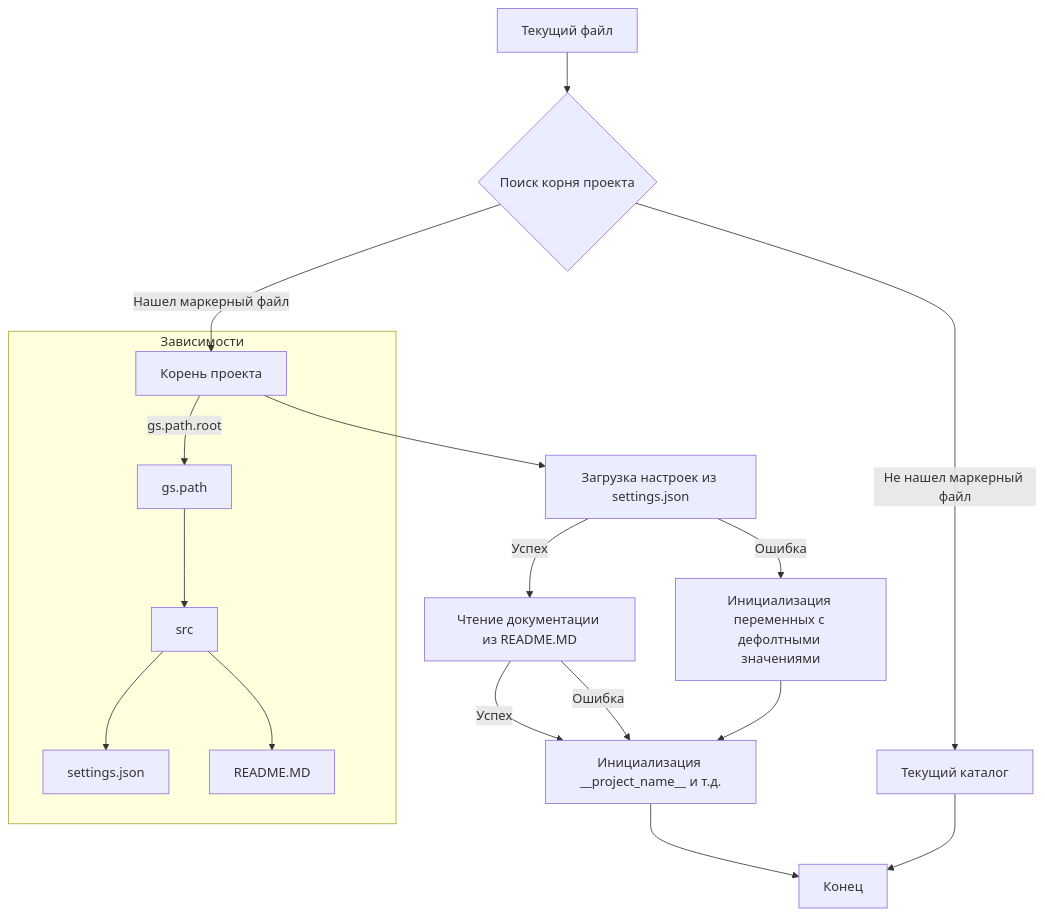
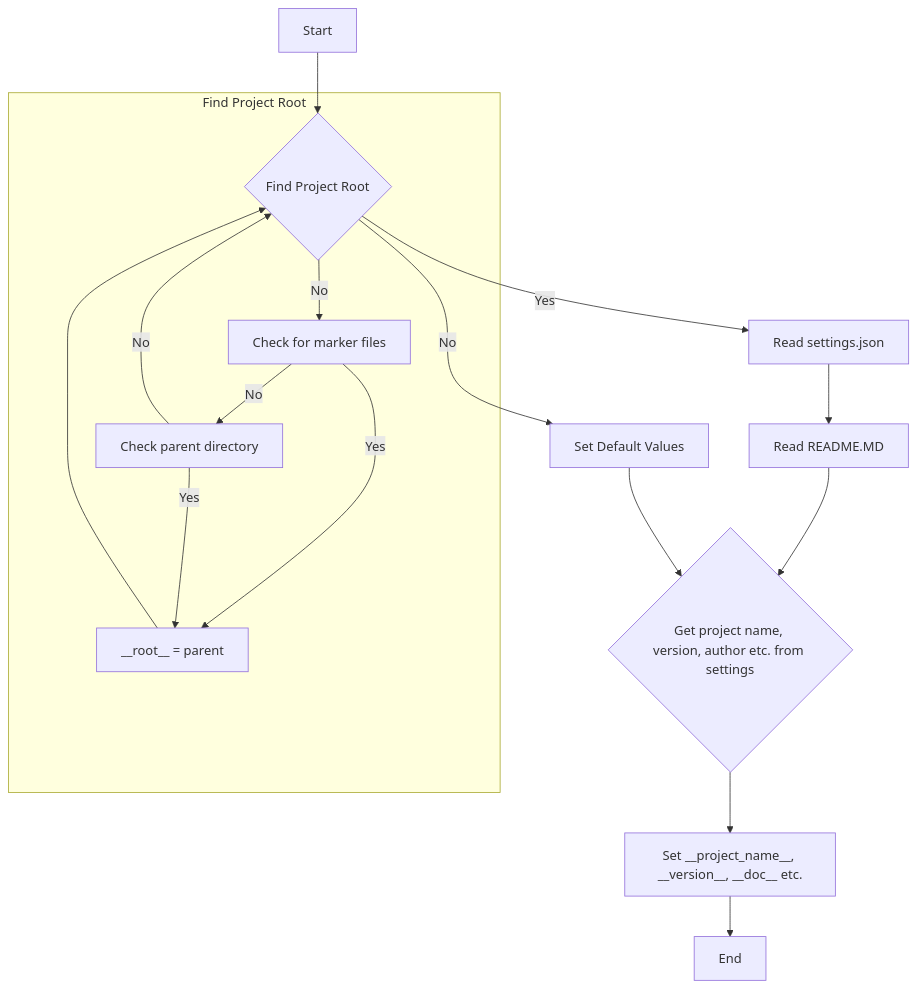
Before and after one commit to hypo69/hypo: the first of 2 diagrams in docs/gemini/ru/explainer/src/webdriver/crawlee_python/header.md, drawn with Mermaid. The commit also changed other lines of this file and 311 other files, not shown here.

````diff
--- a/docs/gemini/ru/explainer/src/webdriver/crawlee_python/header.md
+++ b/docs/gemini/ru/explainer/src/webdriver/crawlee_python/header.md
@@ -97,21 +76,20 @@
 ```mermaid
 graph TD
-    A[Текущий файл] --> B{Поиск корня проекта};
-    B -- Нашел маркерный файл --> C[Корень проекта];
-    B -- Не нашел маркерный файл --> D[Текущий каталог];
-    C --> E[Загрузка настроек из settings.json];
-    E -- Успех --> F[Чтение документации из README.MD];
-    E -- Ошибка --> G[Инициализация переменных с дефолтными значениями];
-    F -- Успех --> H[Инициализация __project_name__ и т.д.];
-    F -- Ошибка --> H;
-    G --> H;
-    H --> I[Конец];
-    D --> I;
+    A[Start] --> B{Find Project Root};
+    B -- Yes --> C[Read settings.json];
+    B -- No --> D[Set Default Values];
+    C --> E[Read README.MD];
+    E --> F{Get project name, version, author etc. from settings};
+    D --> F;
+    F --> G[Set __project_name__, __version__, __doc__ etc.];
+    G --> H[End];
 
-    subgraph "Зависимости"
-        C --> |gs.path.root| J[gs.path];
-        J --> K[src];
-        K --> L[settings.json];
-        K --> M[README.MD];
+    subgraph Find Project Root
+        B -- No --> B1[Check for marker files];
+        B1 -- Yes --> B2[__root__ = parent];
+        B1 -- No --> B3[Check parent directory];
+        B2 --> B;
+        B3 -- Yes --> B2;
+        B3 -- No --> B;
     end
 ```
````
